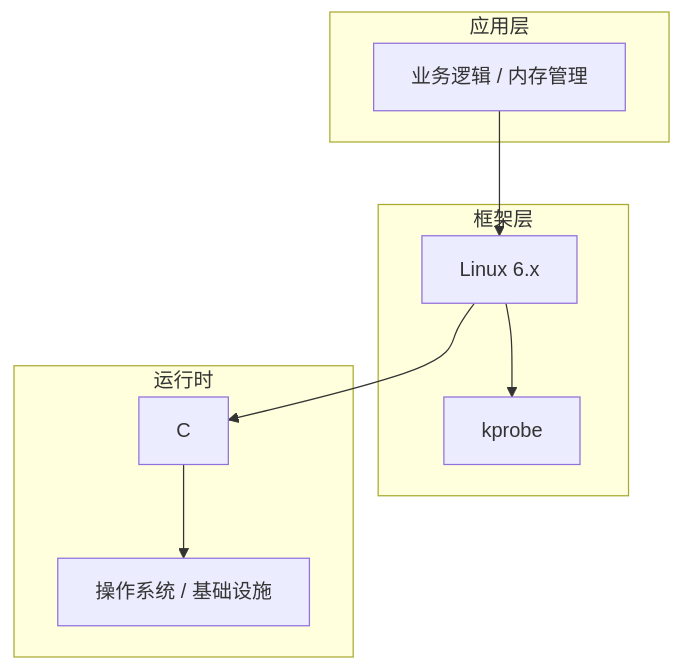
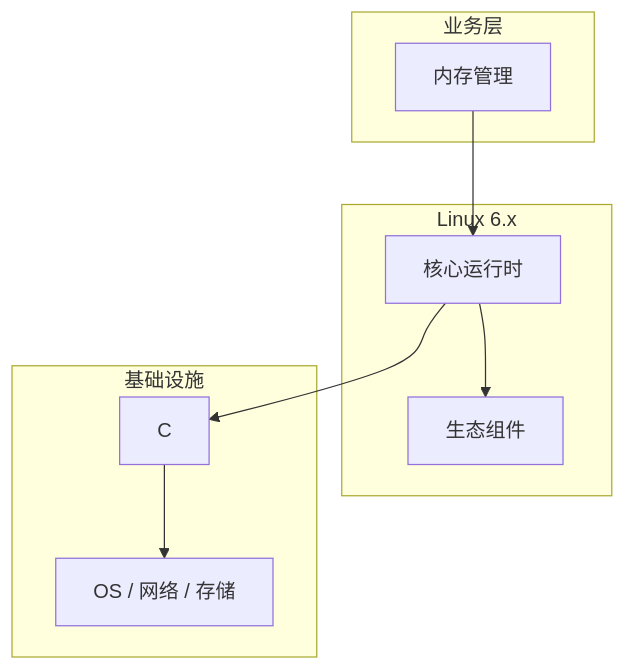
The diagram in articles/Linux内核/chapters/041-内存管理核心概念与原理.md (yanggan2015/knowledge-json-v2), drawn with Mermaid before and after one commit. The commit also changed other lines of this file and 10127 other files, not shown here.

````diff
--- a/articles/Linux内核/chapters/041-内存管理核心概念与原理.md
+++ b/articles/Linux内核/chapters/041-内存管理核心概念与原理.md
@@ -45,18 +34,18 @@
 ```mermaid
 graph TB
-    subgraph 应用层
-        A[业务逻辑 / 内存管理]
+    subgraph 业务层
+        A[内存管理]
     end
-    subgraph 框架层
-        B[Linux 6.x]
-        C[kprobe]
+    subgraph Linux 6.x
+        B[核心运行时]
+        C[生态组件]
     end
-    subgraph 运行时
+    subgraph 基础设施
         D[C]
-        E[操作系统 / 基础设施]
+        E[OS / 网络 / 存储]
     end
     A --> B
     B --> C
     B --> D
     D --> E
 ```
````
